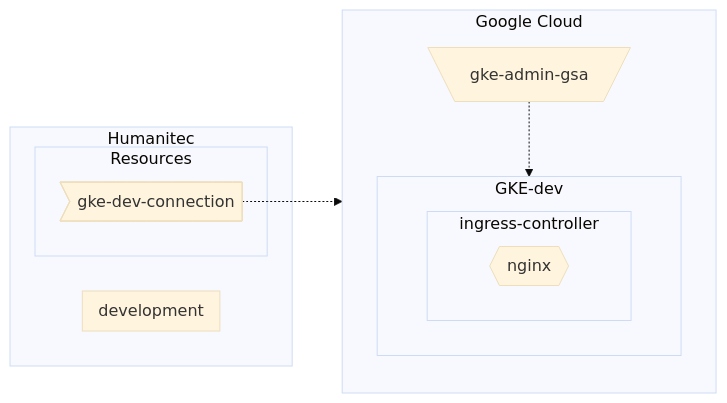
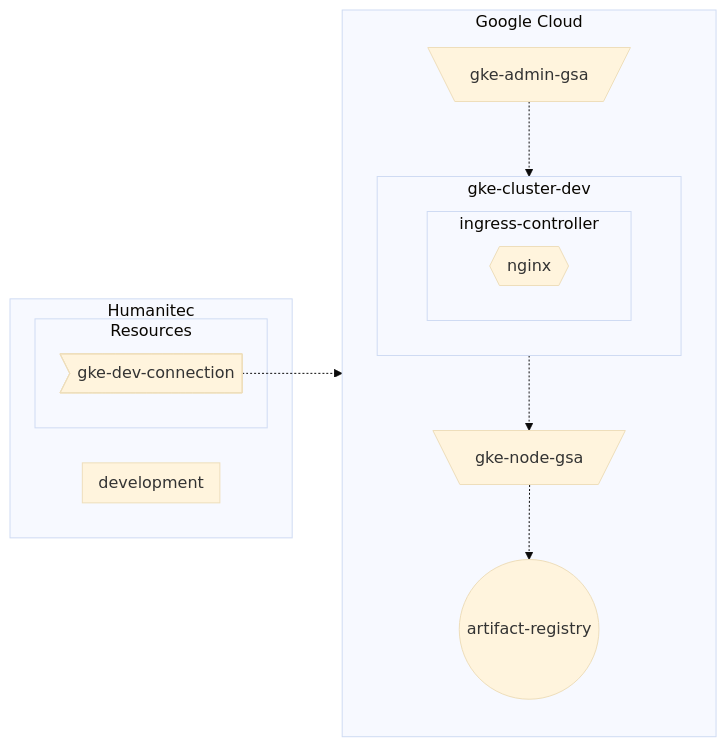
One commit to mathieu-benoit/hello-humanitec changed the second of 2 diagrams in docs/gke-setup.md. Above: the diagram before and after it, drawn with Mermaid (base theme). The commit also changed other lines of this file, not shown here.

````diff
--- a/docs/gke-setup.md
+++ b/docs/gke-setup.md
@@ -51,21 +52,23 @@
 ```mermaid
 flowchart LR
   subgraph Humanitec
     subgraph development
     end
     subgraph Resources
         gke-dev-connection>gke-dev-connection]
     end
   end
   subgraph Google Cloud
     direction TB
     gke-admin-gsa[\gke-admin-gsa/]
-    subgraph GKE-dev
+    subgraph gke-cluster-dev
         subgraph ingress-controller
             nginx{{nginx}}
         end
     end
+    gke-cluster-dev-.->gke-node-gsa[\gke-node-gsa/]
+    gke-node-gsa-.->artifact-registry((artifact-registry))
   end
   gke-dev-connection-.->gke-admin-gsa
-  gke-admin-gsa-.->GKE-dev
+  gke-admin-gsa-.->gke-cluster-dev
 ```
````
